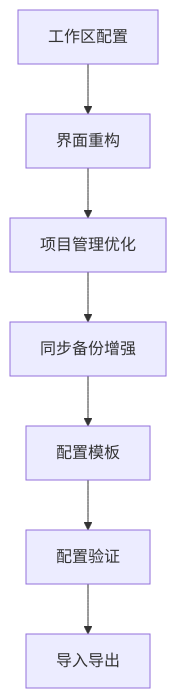
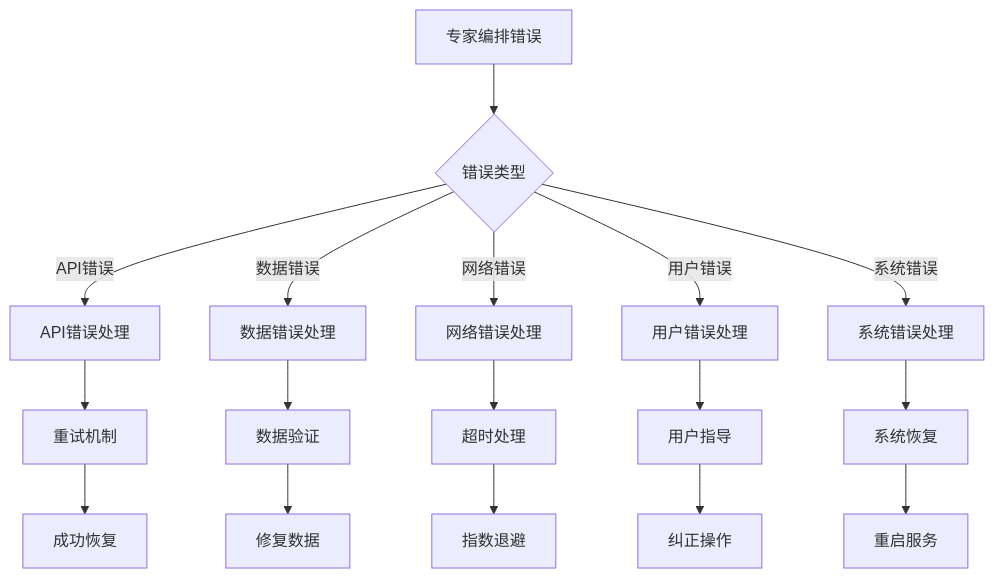
Diagram 19 of 22 in .qoder/repowiki/zh/content/Web 前端应用/Web 前端应用.md (coconilu/RepoHelm), drawn with Mermaid before and after one commit. The commit also changed other lines of this file and 14 other files, not shown here.

````diff
--- a/.qoder/repowiki/zh/content/Web 前端应用/Web 前端应用.md
+++ b/.qoder/repowiki/zh/content/Web 前端应用/Web 前端应用.md
@@ -890,9 +1287,19 @@
 ```mermaid
 flowchart TD
-WorkspaceConfig["工作区配置"] --> Interface["界面重构"]
-Interface --> ProjectManagement["项目管理优化"]
-ProjectManagement --> SyncBackup["同步备份增强"]
-SyncBackup --> Template["配置模板"]
-Template --> Validation["配置验证"]
-Validation --> ImportExport["导入导出"]
+Error["专家编排错误"] --> ErrorType{"错误类型"}
+ErrorType --> |API错误| APIError["API错误处理"]
+ErrorType --> |数据错误| DataError["数据错误处理"]
+ErrorType --> |网络错误| NetworkError["网络错误处理"]
+ErrorType --> |用户错误| UserError["用户错误处理"]
+ErrorType --> |系统错误| SystemError["系统错误处理"]
+APIError --> Retry["重试机制"]
+DataError --> Validation["数据验证"]
+NetworkError --> Timeout["超时处理"]
+UserError --> Guidance["用户指导"]
+SystemError --> Recovery["系统恢复"]
+Retry --> Success["成功恢复"]
+Validation --> Fix["修复数据"]
+Timeout --> Backoff["指数退避"]
+Guidance --> Correction["纠正操作"]
+Recovery --> Restart["重启服务"]
 ```
````
